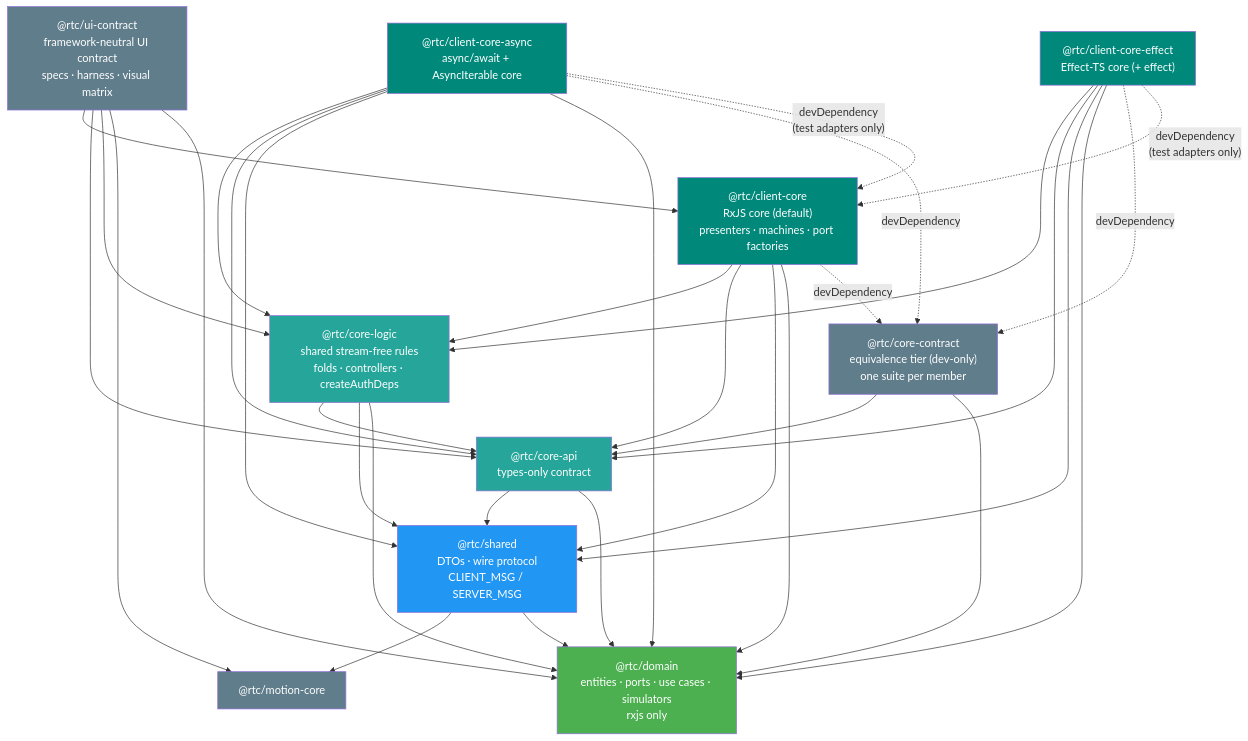
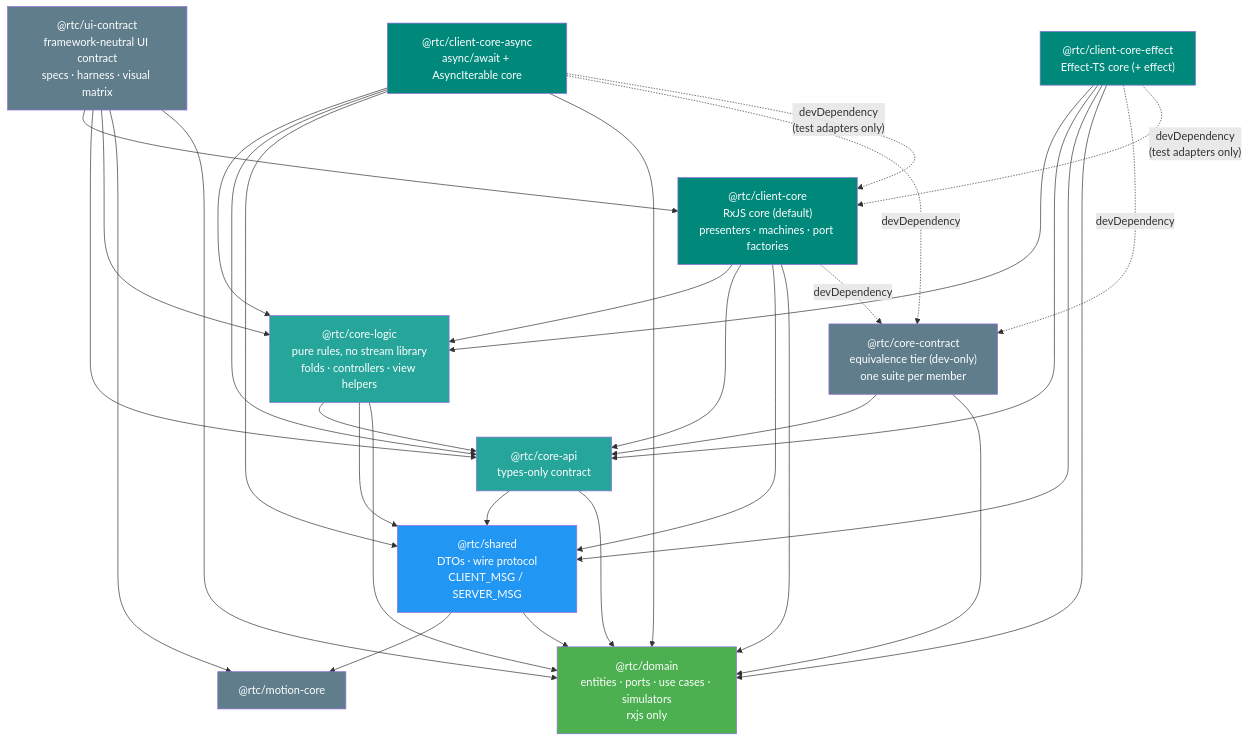
One commit to bettersoftware-io/ReactiveTraderCloudClone changed the second of 4 diagrams in docs/architecture/06-package-dependencies.md. Above: the diagram before and after it, drawn with Mermaid. The commit also changed 58 other files, not shown here.

First line of the commit message:
refactor(core-logic): the pure view helpers move in from client-core

````diff
--- a/docs/architecture/06-package-dependencies.md
+++ b/docs/architecture/06-package-dependencies.md
@@ -75,59 +75,59 @@
 ```mermaid
 graph TB
     core["@rtc/client-core<br/>RxJS core (default)<br/>presenters · machines · port factories"]
     acore["@rtc/client-core-async<br/>async/await + AsyncIterable core"]
     ecore["@rtc/client-core-effect<br/>Effect-TS core (+ effect)"]
 
     uic["@rtc/ui-contract<br/>framework-neutral UI contract<br/>specs · harness · visual matrix"]
     cc["@rtc/core-contract<br/>equivalence tier (dev-only)<br/>one suite per member"]
-    logic["@rtc/core-logic<br/>shared stream-free rules<br/>folds · controllers · createAuthDeps"]
+    logic["@rtc/core-logic<br/>pure rules, no stream library<br/>folds · controllers · view helpers"]
 
     api["@rtc/core-api<br/>types-only contract"]
     shared["@rtc/shared<br/>DTOs · wire protocol<br/>CLIENT_MSG / SERVER_MSG"]
     motion["@rtc/motion-core"]
 
     domain["@rtc/domain<br/>entities · ports · use cases · simulators<br/>rxjs only"]
 
     core --> logic
     core --> api
     core --> shared
     core --> domain
     acore --> logic
     acore --> api
     acore --> shared
     acore --> domain
     ecore --> logic
     ecore --> api
     ecore --> shared
     ecore --> domain
     uic --> core
     uic --> api
     uic --> logic
     uic --> motion
     uic --> domain
     cc --> api
     cc --> domain
     logic --> api
     logic --> shared
     logic --> domain
     api --> shared
     api --> domain
     shared --> motion
     shared --> domain
     core -. "devDependency" .-> cc
     acore -. "devDependency" .-> cc
     ecore -. "devDependency" .-> cc
     acore -. "devDependency<br/>(test adapters only)" .-> core
     ecore -. "devDependency<br/>(test adapters only)" .-> core
 
     style core fill:#00897B,color:#fff
     style acore fill:#00897B,color:#fff
     style ecore fill:#00897B,color:#fff
     style logic fill:#26A69A,color:#fff
     style api fill:#26A69A,color:#fff
     style cc fill:#607D8B,color:#fff
     style uic fill:#607D8B,color:#fff
     style shared fill:#2196F3,color:#fff
     style motion fill:#607D8B,color:#fff
     style domain fill:#4CAF50,color:#fff
 ```
````
